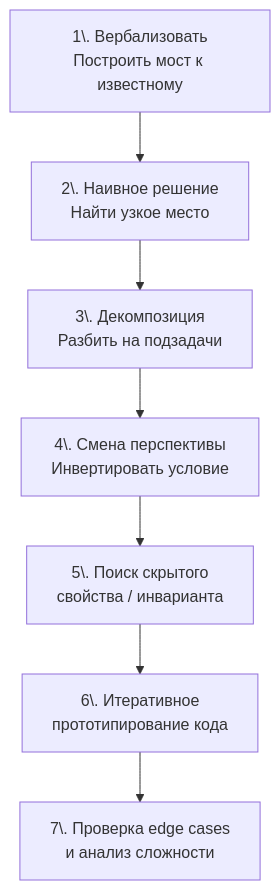
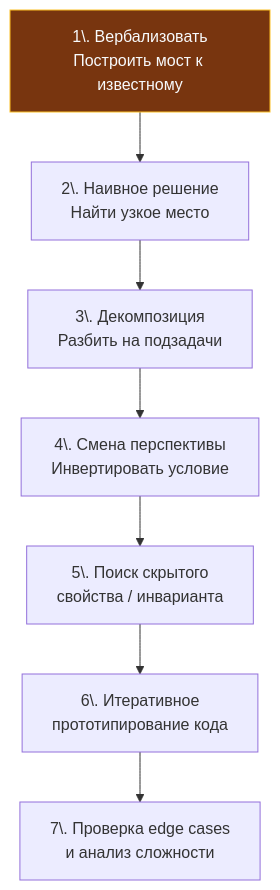
The second of 2 diagrams in sources/21. Задачи с LeetCode и собеседований на Go/02. Задачи/29. Сложные задачи/1. Теория. Подход к сложным задачам.md (UnrealTemplier/go-textbook), drawn with Mermaid before and after one commit. The commit also changed other lines of this file and 1666 other files, not shown here.

First line of the commit message:
feat(mermaid): add semantic color classDef to 1369 colorless flowchart/graph diagrams

````diff
--- a/sources/21. Задачи с LeetCode и собеседований на Go/02. Задачи/29. Сложные задачи/1. Теория. Подход к сложным задачам.md
+++ b/sources/21. Задачи с LeetCode и собеседований на Go/02. Задачи/29. Сложные задачи/1. Теория. Подход к сложным задачам.md
@@ -71,9 +81,19 @@
 ```mermaid
 flowchart TD
-    Step1["1\. Вербализовать<br>Построить мост к известному"] --> Step2["2\. Наивное решение<br>Найти узкое место"]
+    classDef process  fill:#1e293b,stroke:#38bdf8,stroke-width:1px,color:#f8fafc
+    classDef success  fill:#064e3b,stroke:#34d399,stroke-width:1px,color:#f8fafc
+    classDef error    fill:#7f1d1d,stroke:#f87171,stroke-width:1px,color:#f8fafc
+    classDef warning  fill:#78350f,stroke:#fbbf24,stroke-width:1px,color:#f8fafc
+    classDef entry    fill:#1e3a5f,stroke:#38bdf8,stroke-width:2px,color:#f8fafc
+    classDef aux      fill:#334155,stroke:#64748b,stroke-width:1px,color:#f8fafc
+    classDef system   fill:#312e81,stroke:#a78bfa,stroke-width:1px,color:#f8fafc
+    classDef data     fill:#132d29,stroke:#2dd4bf,stroke-width:1px,color:#f8fafc
+    classDef network  fill:#881337,stroke:#fb7185,stroke-width:1px,color:#f8fafc
+    classDef accent   fill:#1e1b4b,stroke:#818cf8,stroke-width:1px,color:#f8fafc
+    Step1["1\. Вербализовать<br>Построить мост к известному"]:::warning --> Step2["2\. Наивное решение<br>Найти узкое место"]
     Step2 --> Step3["3\. Декомпозиция<br>Разбить на подзадачи"]
     Step3 --> Step4["4\. Смена перспективы<br>Инвертировать условие"]
     Step4 --> Step5["5\. Поиск скрытого<br>свойства / инварианта"]
     Step5 --> Step6["6\. Итеративное<br>прототипирование кода"]
     Step6 --> Step7["7\. Проверка edge cases<br>и анализ сложности"]
 ```
````
